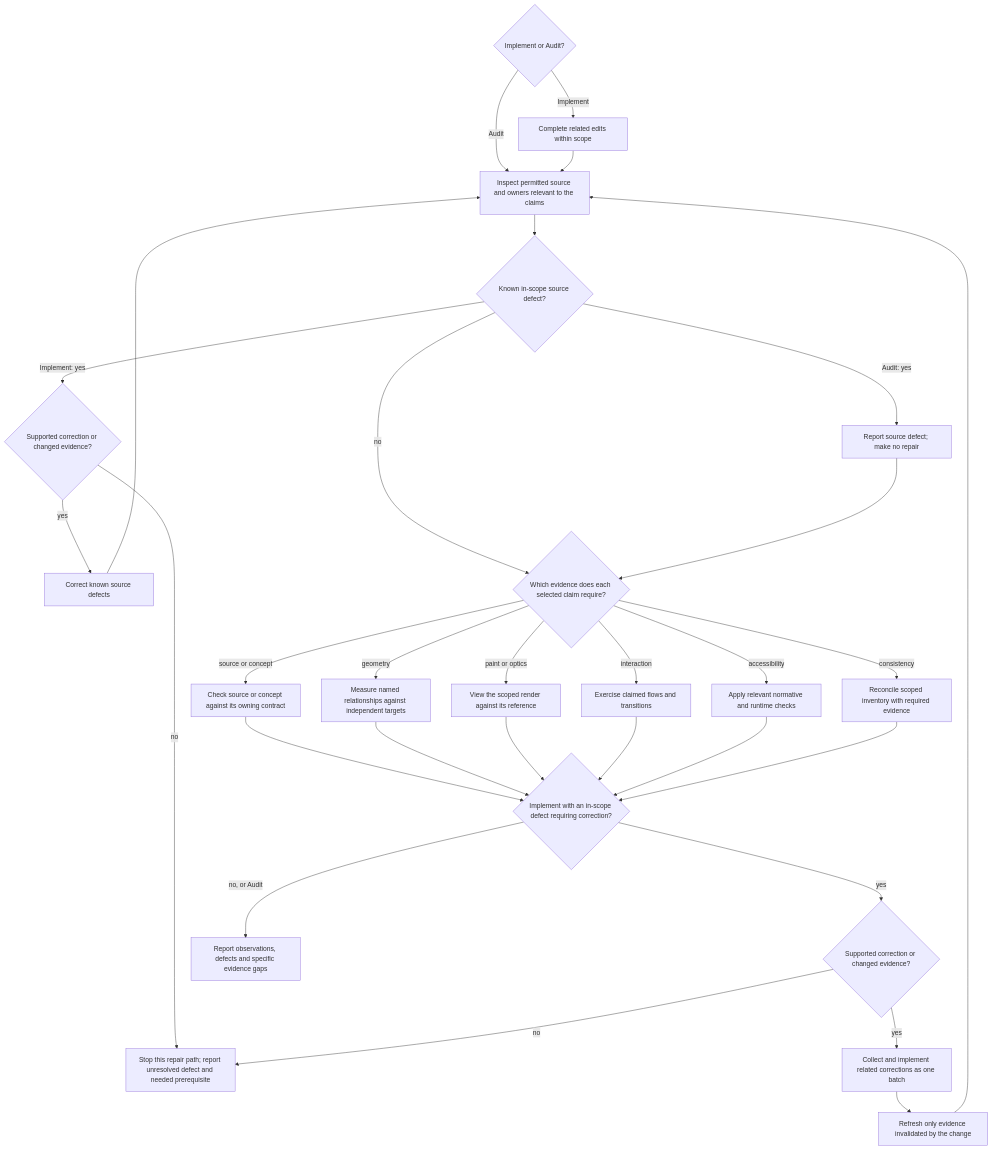
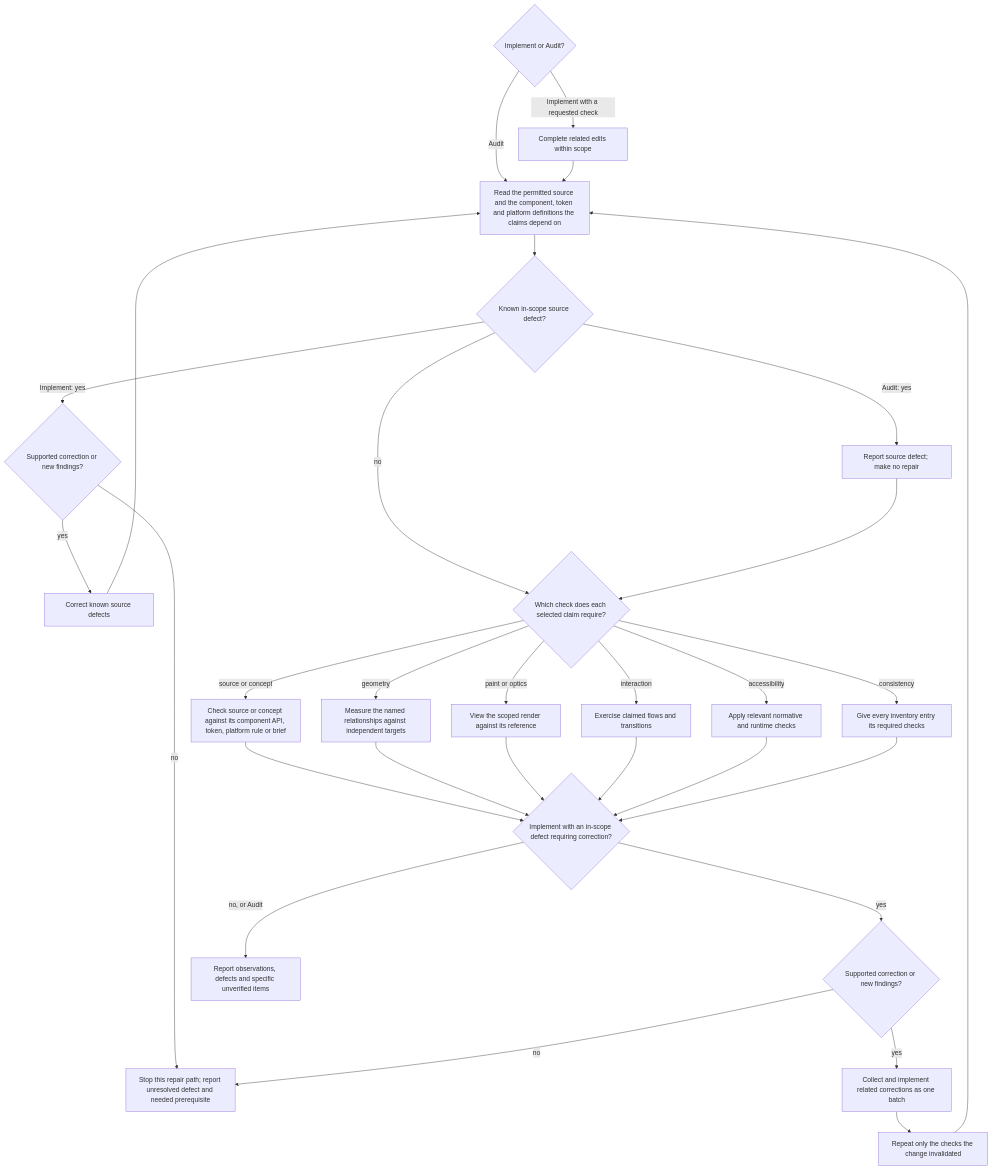
One commit to benjaminstelzer/scoville-suite-for-codex-mainloop changed the diagram in members/scoville-ui/scoville-ui/references/validation.md. Above: the diagram before and after it, drawn with Mermaid. The commit also changed other lines of this file and 219 other files, not shown here.

````diff
--- a/members/scoville-ui/scoville-ui/references/validation.md
+++ b/members/scoville-ui/scoville-ui/references/validation.md
@@ -110,33 +114,33 @@
 ```mermaid
 flowchart TD
   mode{"Implement or Audit?"}
-  mode -->|Implement| batch["Complete related edits within scope"]
-  mode -->|Audit| source["Inspect permitted source and owners relevant to the claims"]
+  mode -->|Implement with a requested check| batch["Complete related edits within scope"]
+  mode -->|Audit| source["Read the permitted source and the component, token and platform definitions the claims depend on"]
   batch --> source
   source --> defect{"Known in-scope source defect?"}
-  defect -->|Implement: yes| approach{"Supported correction or changed evidence?"}
+  defect -->|Implement: yes| approach{"Supported correction or new findings?"}
   approach -->|yes| fix["Correct known source defects"]
   approach -->|no| stalled["Stop this repair path; report unresolved defect and needed prerequisite"]
   defect -->|Audit: yes| note["Report source defect; make no repair"]
-  defect -->|no| claim{"Which evidence does each selected claim require?"}
+  defect -->|no| claim{"Which check does each selected claim require?"}
   fix --> source
   note --> claim
-  claim -->|source or concept| reasoning["Check source or concept against its owning contract"]
-  claim -->|geometry| measure["Measure named relationships against independent targets"]
+  claim -->|source or concept| reasoning["Check source or concept against its component API, token, platform rule or brief"]
+  claim -->|geometry| measure["Measure the named relationships against independent targets"]
   claim -->|paint or optics| sight["View the scoped render against its reference"]
   claim -->|interaction| interact["Exercise claimed flows and transitions"]
   claim -->|accessibility| access["Apply relevant normative and runtime checks"]
-  claim -->|consistency| coverage["Reconcile scoped inventory with required evidence"]
+  claim -->|consistency| coverage["Give every inventory entry its required checks"]
   reasoning --> result{"Implement with an in-scope defect requiring correction?"}
   measure --> result
   sight --> result
   interact --> result
   access --> result
   coverage --> result
-  result -->|yes| nextApproach{"Supported correction or changed evidence?"}
+  result -->|yes| nextApproach{"Supported correction or new findings?"}
   nextApproach -->|yes| correct["Collect and implement related corrections as one batch"]
   nextApproach -->|no| stalled
-  correct --> refresh["Refresh only evidence invalidated by the change"]
+  correct --> refresh["Repeat only the checks the change invalidated"]
   refresh --> source
-  result -->|no, or Audit| report["Report observations, defects and specific evidence gaps"]
+  result -->|no, or Audit| report["Report observations, defects and specific unverified items"]
 ```
````
